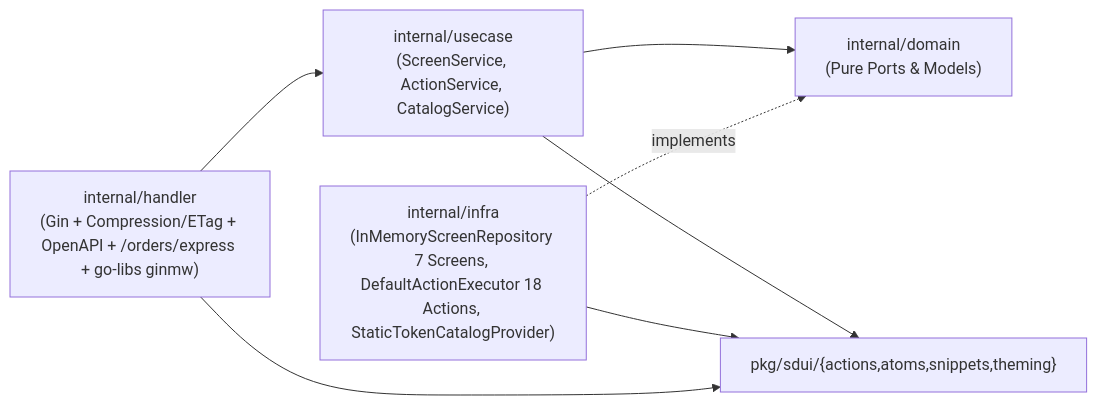
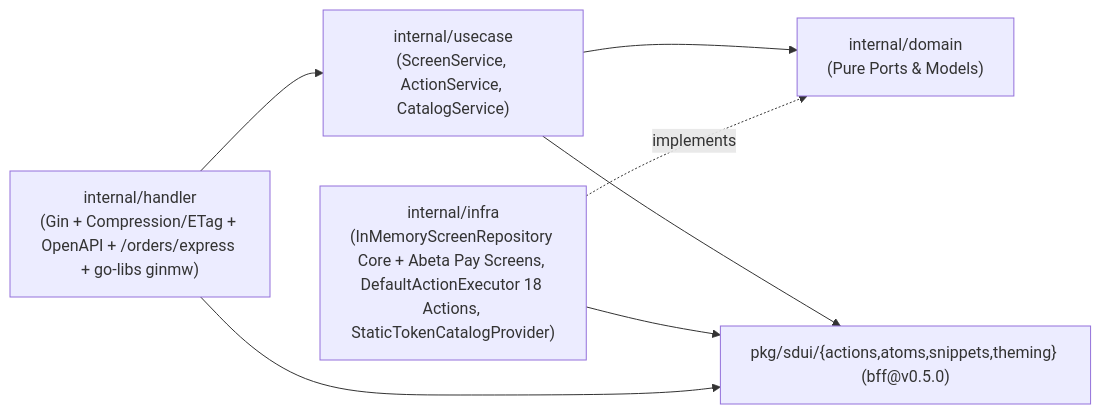
One commit to Abeta-dev/kmp changed the diagram in docs/bff-integration.md. Above: the diagram before and after it, drawn with Mermaid. The commit also changed other lines of this file and 47 other files, not shown here.

Commit message:
docs: align all guides, wiki, skills, owners, and llms*.txt to v0.3.0, bff@v0.5.0, 30 atoms, and 7-in-1 Super-App

````diff
--- a/docs/bff-integration.md
+++ b/docs/bff-integration.md
@@ -30,9 +30,9 @@
 ```mermaid
 flowchart LR
     H["internal/handler\n(Gin + Compression/ETag + OpenAPI + /orders/express + go-libs ginmw)"] --> U["internal/usecase\n(ScreenService, ActionService, CatalogService)"]
     U --> D["internal/domain\n(Pure Ports & Models)"]
-    I["internal/infra\n(InMemoryScreenRepository 7 Screens, DefaultActionExecutor 18 Actions, StaticTokenCatalogProvider)"] -. "implements" .-> D
-    U --> S["pkg/sdui/{actions,atoms,snippets,theming}"]
+    I["internal/infra\n(InMemoryScreenRepository Core + Abeta Pay Screens, DefaultActionExecutor 18 Actions, StaticTokenCatalogProvider)"] -. "implements" .-> D
+    U --> S["pkg/sdui/{actions,atoms,snippets,theming} (bff@v0.5.0)"]
     I --> S
     H --> S
 ```
````
